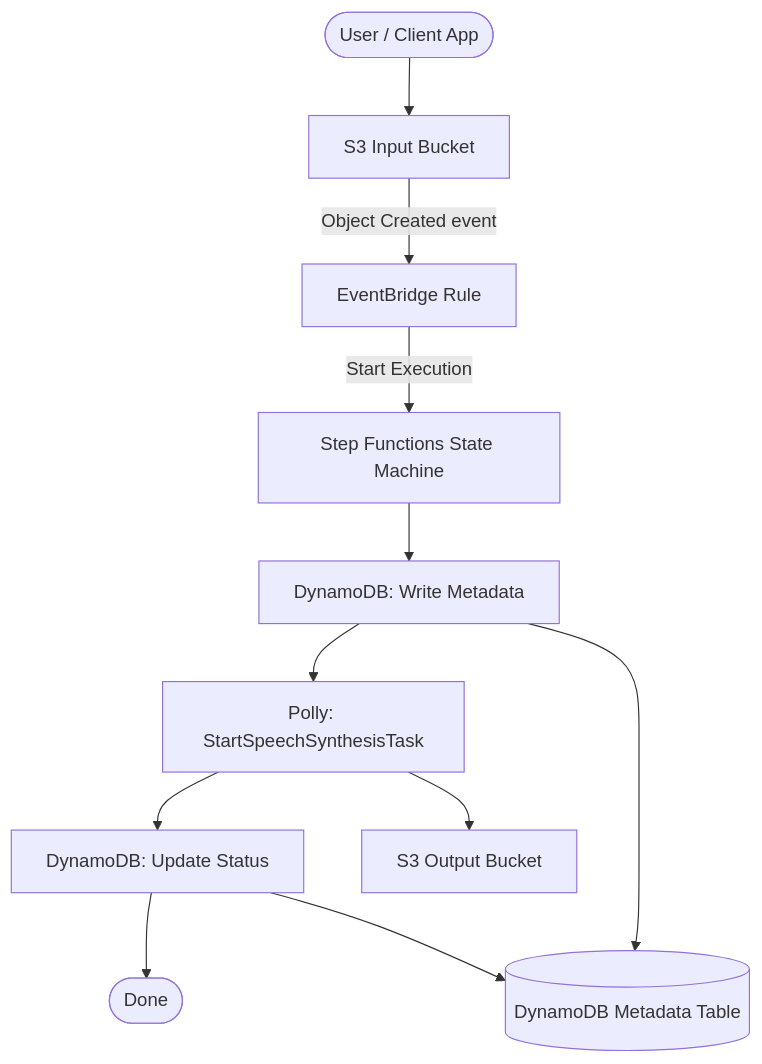
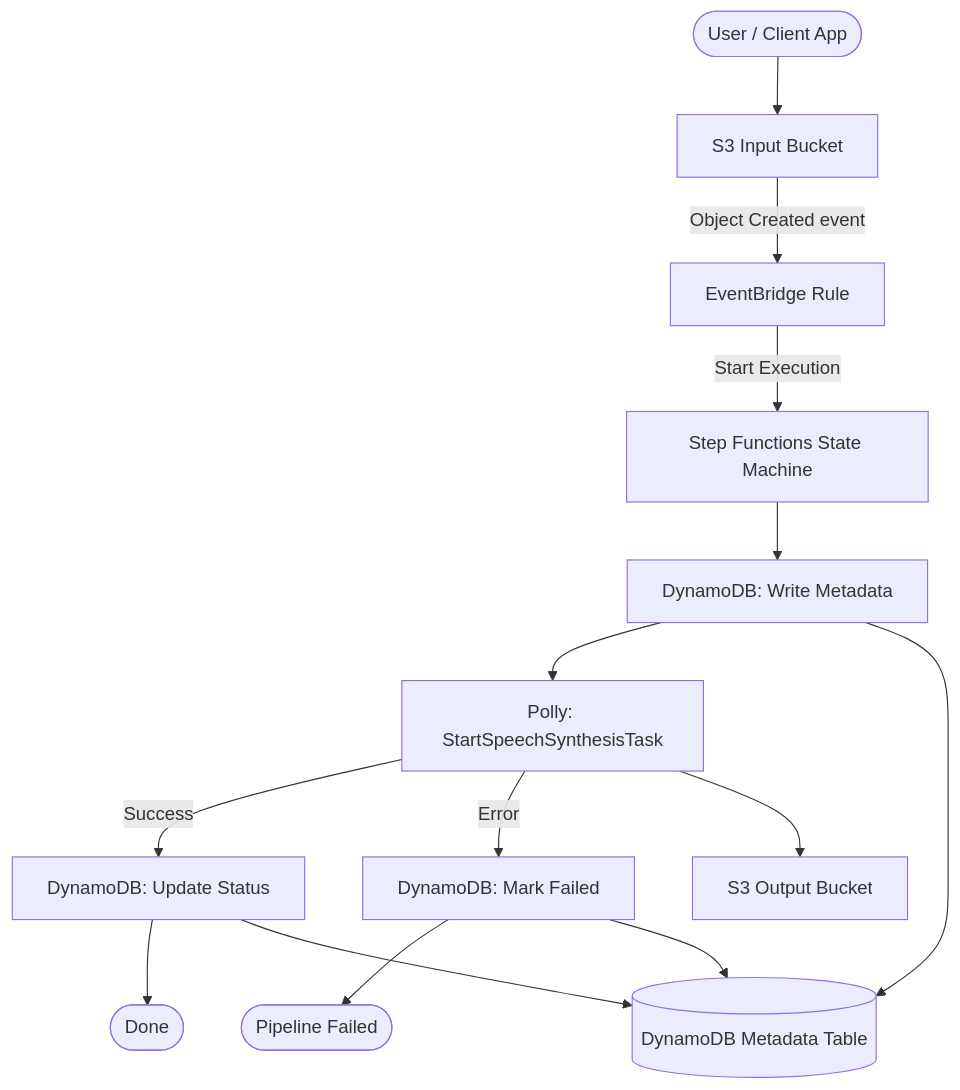
The first of 2 diagrams in ARCHITECTURE.md (obstreperous-ai/cdk-sleep-ts-kiro), drawn with Mermaid before and after one commit. The commit also changed other lines of this file and 5 other files, not shown here.

````diff
--- a/ARCHITECTURE.md
+++ b/ARCHITECTURE.md
@@ -20,13 +20,16 @@
 ```mermaid
 flowchart TD
     User([User / Client App]) --> S3Input[S3 Input Bucket]
     S3Input -->|Object Created event| EB[EventBridge Rule]
     EB -->|Start Execution| SFN[Step Functions State Machine]
     SFN --> WriteMetadata[DynamoDB: Write Metadata]
     WriteMetadata --> PollyTask[Polly: StartSpeechSynthesisTask]
-    PollyTask --> UpdateStatus[DynamoDB: Update Status]
+    PollyTask -->|Success| UpdateStatus[DynamoDB: Update Status]
+    PollyTask -->|Error| MarkFailed[DynamoDB: Mark Failed]
     UpdateStatus --> Done([Done])
+    MarkFailed --> PipelineFailed([Pipeline Failed])
     WriteMetadata --> DDB[(DynamoDB Metadata Table)]
     UpdateStatus --> DDB
+    MarkFailed --> DDB
     PollyTask --> S3Output[S3 Output Bucket]
 ```
````
